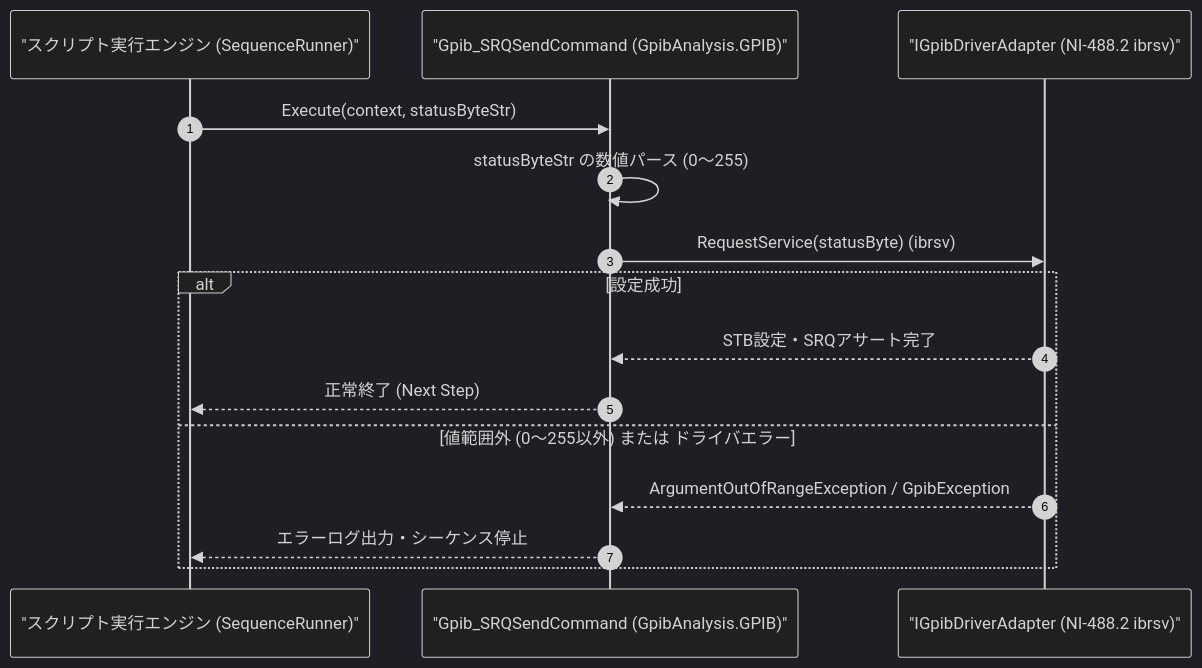
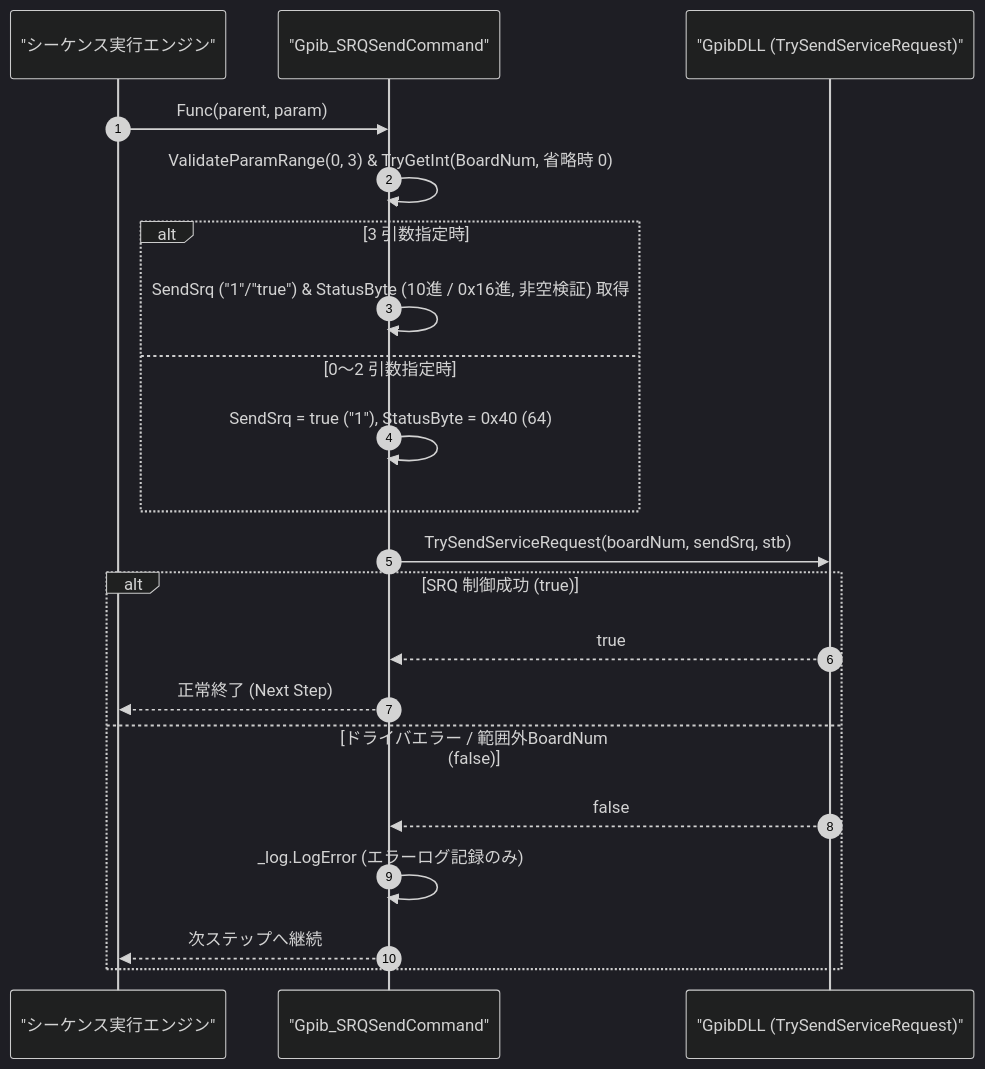
Before and after one commit to Monaca-App/GpibAddIn: the diagram in Manual/GPIB/Gpib_SRQSend.Md, drawn with Mermaid (dark theme). The commit also changed other lines of this file and 32 other files, not shown here.

````diff
--- a/Manual/GPIB/Gpib_SRQSend.Md
+++ b/Manual/GPIB/Gpib_SRQSend.Md
@@ -68,18 +72,24 @@
 ```mermaid
 sequenceDiagram
     autonumber
-    participant Script as "スクリプト実行エンジン (SequenceRunner)"
-    participant Cmd as "Gpib_SRQSendCommand (GpibAnalysis.GPIB)"
-    participant Drv as "IGpibDriverAdapter (NI-488.2 ibrsv)"
+    participant Script as "シーケンス実行エンジン"
+    participant Cmd as "Gpib_SRQSendCommand"
+    participant Dll as "GpibDLL (TrySendServiceRequest)"
 
-    Script->>Cmd: Execute(context, statusByteStr)
-    Cmd->>Cmd: statusByteStr の数値パース (0〜255)
-    Cmd->>Drv: RequestService(statusByte) (ibrsv)
-    alt 設定成功
-        Drv-->>Cmd: STB設定・SRQアサート完了
+    Script->>Cmd: Func(parent, param)
+    Cmd->>Cmd: ValidateParamRange(0, 3) & TryGetInt(BoardNum, 省略時 0)
+    alt 3 引数指定時
+        Cmd->>Cmd: SendSrq ("1"/"true") & StatusByte (10進 / 0x16進, 非空検証) 取得
+    else 0〜2 引数指定時
+        Cmd->>Cmd: SendSrq = true ("1"), StatusByte = 0x40 (64)
+    end
+    Cmd->>Dll: TrySendServiceRequest(boardNum, sendSrq, stb)
+    alt SRQ 制御成功 (true)
+        Dll-->>Cmd: true
         Cmd-->>Script: 正常終了 (Next Step)
-    else 値範囲外 (0〜255以外) または ドライバエラー
-        Drv-->>Cmd: ArgumentOutOfRangeException / GpibException
-        Cmd-->>Script: エラーログ出力・シーケンス停止
+    else ドライバエラー / 範囲外BoardNum (false)
+        Dll-->>Cmd: false
+        Cmd->>Cmd: _log.LogError (エラーログ記録のみ)
+        Cmd-->>Script: 次ステップへ継続
     end
 ```
````
